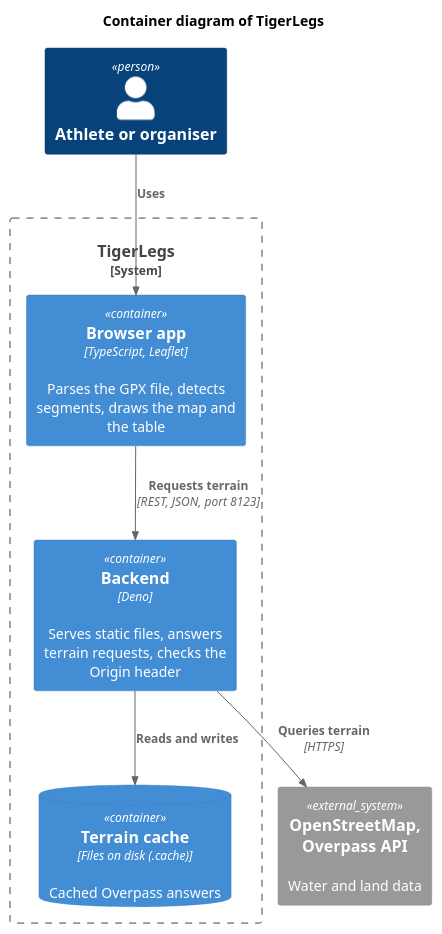
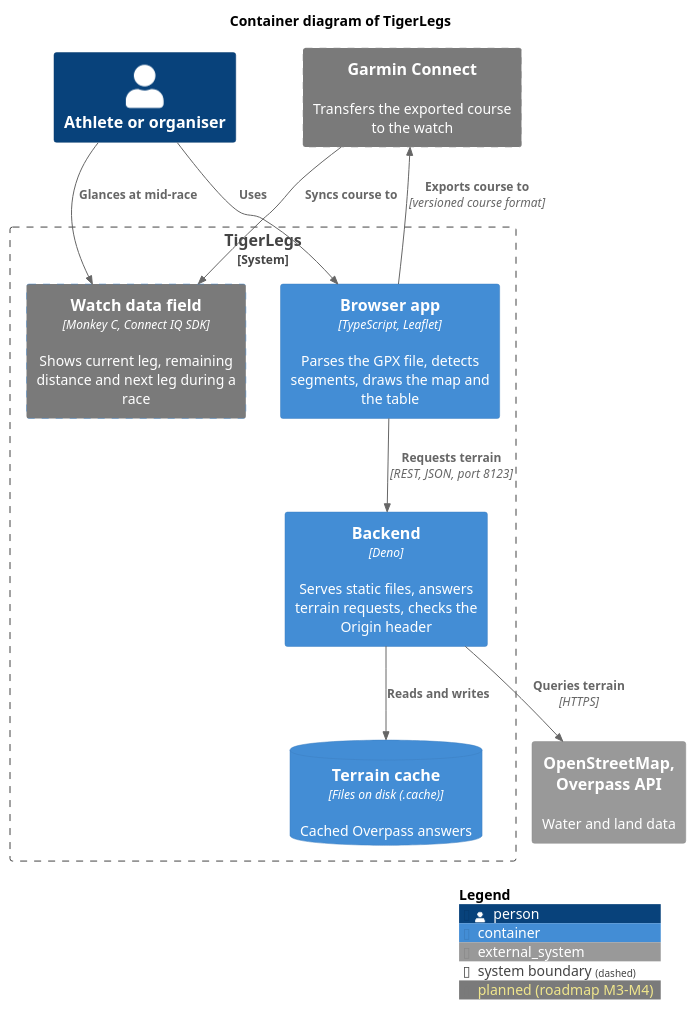
One commit to swimrun/tigerlegs changed the diagram in docs/diagrams/container.puml. Above: the diagram before and after it, drawn with PlantUML. The commit also changed 3 other files, not shown here.

First line of the commit message:
docs: add planned watch container to C4 diagram and guidebook

```diff
--- a/docs/diagrams/container.puml
+++ b/docs/diagrams/container.puml
@@ -1,18 +1,27 @@
 @startuml container
 !include <C4/C4_Container>
 
 title Container diagram of TigerLegs
+
+AddElementTag("planned", $bgColor="#7a7a7a", $borderStyle="dashed", $legendText="planned (roadmap M3-M4)")
 
 Person(athlete, "Athlete or organiser")
 System_Boundary(tigerlegs, "TigerLegs") {
   Container(browser, "Browser app", "TypeScript, Leaflet", "Parses the GPX file, detects segments, draws the map and the table")
   Container(backend, "Backend", "Deno", "Serves static files, answers terrain requests, checks the Origin header")
   ContainerDb(cache, "Terrain cache", "Files on disk (.cache)", "Cached Overpass answers")
+  Container(watch, "Watch data field", "Monkey C, Connect IQ SDK", "Shows current leg, remaining distance and next leg during a race", $tags="planned")
 }
 System_Ext(overpass, "OpenStreetMap, Overpass API", "Water and land data")
+System_Ext(garmin, "Garmin Connect", "Transfers the exported course to the watch", $tags="planned")
 
 Rel(athlete, browser, "Uses")
+Rel(athlete, watch, "Glances at mid-race", $tags="planned")
 Rel(browser, backend, "Requests terrain", "REST, JSON, port 8123")
 Rel(backend, cache, "Reads and writes")
 Rel(backend, overpass, "Queries terrain", "HTTPS")
+Rel(browser, garmin, "Exports course to", "versioned course format", $tags="planned")
+Rel(garmin, watch, "Syncs course to", $tags="planned")
+
+SHOW_LEGEND()
 @enduml
```
